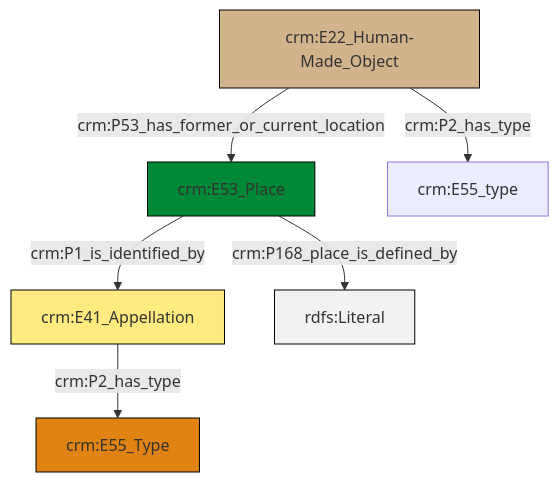
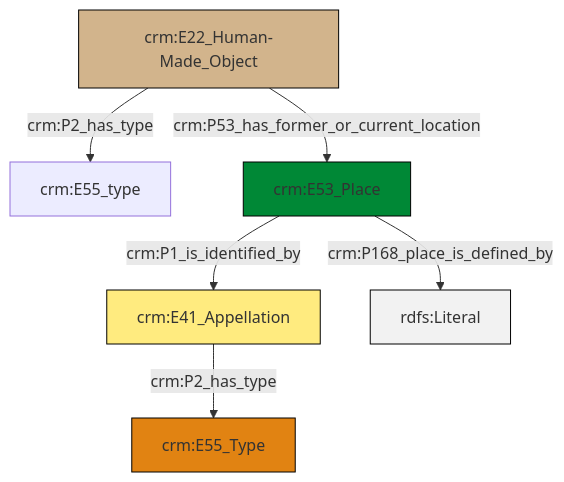
The diagram in et/builtWorkCSV/ttl/mmd/Built_Work_location.ttl.mmd (swiss-art-research-net/reference-data-models), drawn with Mermaid before and after one commit. The commit also changed 123 other files, not shown here.

```diff
--- a/et/builtWorkCSV/ttl/mmd/Built_Work_location.ttl.mmd
+++ b/et/builtWorkCSV/ttl/mmd/Built_Work_location.ttl.mmd
@@ -1,20 +1,20 @@
 graph TD
 classDef Literal fill:#f2f2f2,stroke:#000000;
 classDef CRM_Entity fill:#FFFFFF,stroke:#000000;
 classDef Temporal_Entity fill:#00C9E6, stroke:#000000;
 classDef Type fill:#E18312, stroke:#000000;
 classDef Time-Span fill:#2C9C91, stroke:#000000;
 classDef Appellation fill:#FFEB7F, stroke:#000000;
 classDef Place fill:#008836, stroke:#000000;
 classDef Persistent_Item fill:#B266B2, stroke:#000000;
 classDef Conceptual_Object fill:#FFD700, stroke:#000000;
 classDef Physical_Thing fill:#D2B48C, stroke:#000000;
 classDef Actor fill:#f58aad, stroke:#000000;
 classDef PC_Classes fill:#4ce600, stroke:#000000;
 classDef Multi fill:#cccccc,stroke:#000000;
 
-0["crm:E53_Place"]:::Place -->|crm:P1_is_identified_by| 2["crm:E41_Appellation"]:::Appellation
-2["crm:E41_Appellation"]:::Appellation -->|crm:P2_has_type| 5["crm:E55_Type"]:::Type
-0["crm:E53_Place"]:::Place -->|crm:P168_place_is_defined_by| 8[rdfs:Literal]:::Literal
-3["crm:E22_Human-Made_Object"]:::Physical_Thing -->|crm:P2_has_type| 9["crm:E55_type"]:::Default
-3["crm:E22_Human-Made_Object"]:::Physical_Thing -->|crm:P53_has_former_or_current_location| 0["crm:E53_Place"]:::Place
+2["crm:E41_Appellation"]:::Appellation -->|crm:P2_has_type| 3["crm:E55_Type"]:::Type
+4["crm:E53_Place"]:::Place -->|crm:P168_place_is_defined_by| 5[rdfs:Literal]:::Literal
+4["crm:E53_Place"]:::Place -->|crm:P1_is_identified_by| 2["crm:E41_Appellation"]:::Appellation
+8["crm:E22_Human-Made_Object"]:::Physical_Thing -->|crm:P2_has_type| 0["crm:E55_type"]:::Default
+8["crm:E22_Human-Made_Object"]:::Physical_Thing -->|crm:P53_has_former_or_current_location| 4["crm:E53_Place"]:::Place
```
